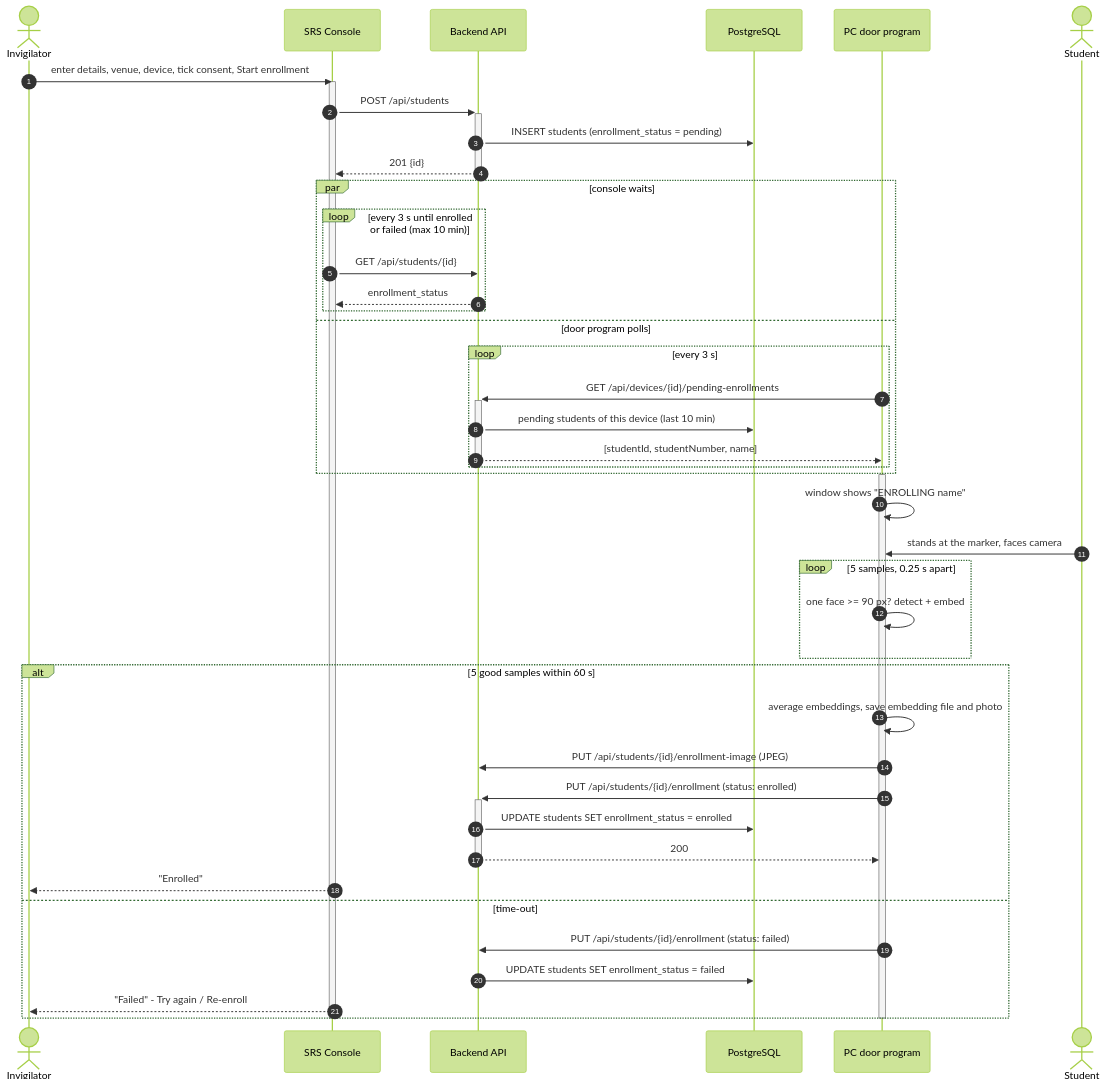
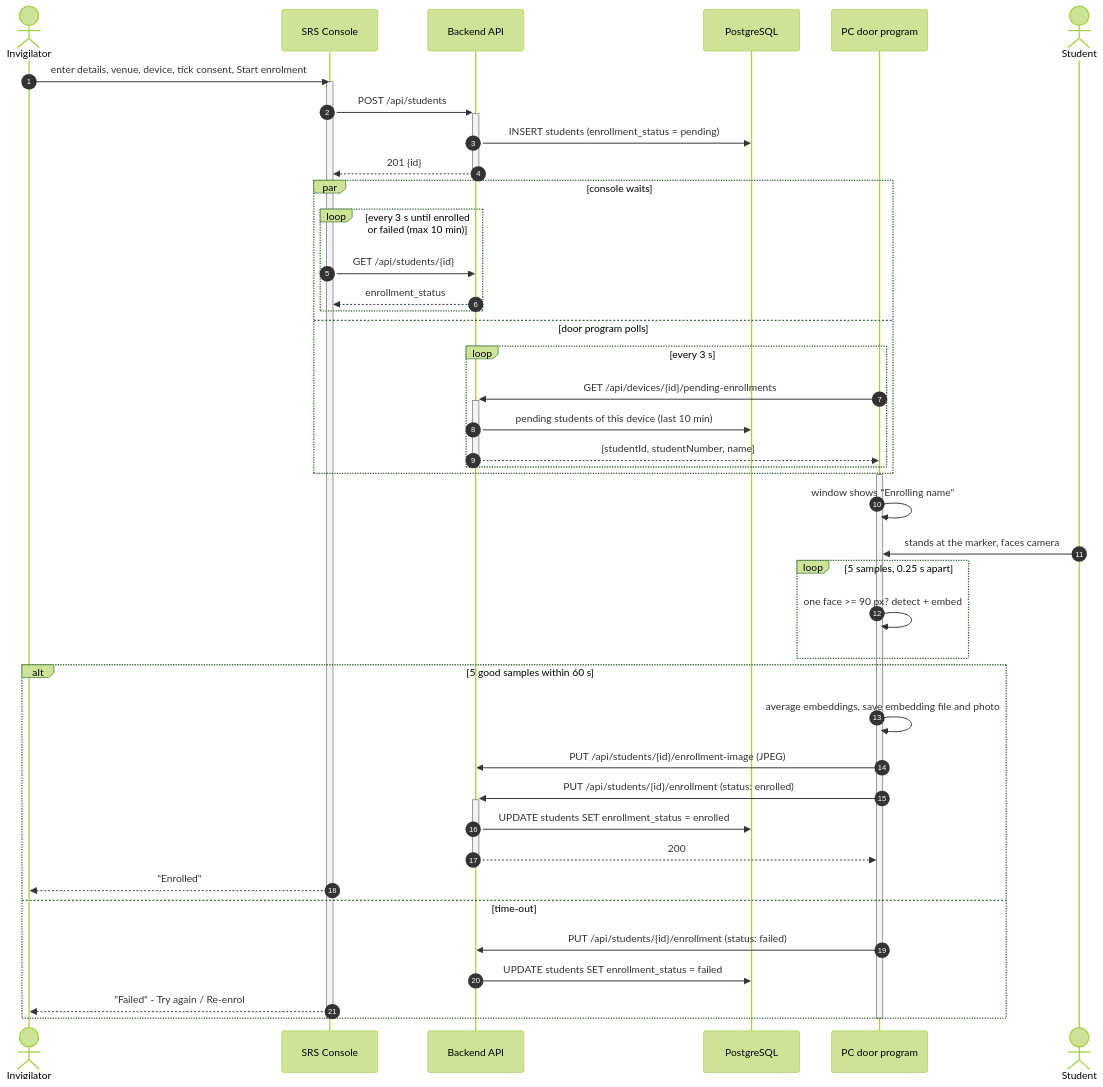
The diagram in docs_out/figures/mermaid/src/seq_enrol.mmd (TebogoClifford/Smart_Registration_System), drawn with Mermaid (forest theme) before and after one commit. The commit also changed 7 other files, not shown here.

```diff
--- a/docs_out/figures/mermaid/src/seq_enrol.mmd
+++ b/docs_out/figures/mermaid/src/seq_enrol.mmd
@@ -1,45 +1,45 @@
 sequenceDiagram
     autonumber
     actor I as Invigilator
     participant UI as SRS Console
     participant API as Backend API
     participant DB as PostgreSQL
     participant PC as PC door program
     actor S as Student
-    I->>UI: enter details, venue, device, tick consent, Start enrollment
+    I->>UI: enter details, venue, device, tick consent, Start enrolment
     activate UI
     UI->>+API: POST /api/students
     API->>DB: INSERT students (enrollment_status = pending)
     API-->>-UI: 201 {id}
     par console waits
         loop every 3 s until enrolled or failed (max 10 min)
             UI->>API: GET /api/students/{id}
             API-->>UI: enrollment_status
         end
     and door program polls
         loop every 3 s
             PC->>+API: GET /api/devices/{id}/pending-enrollments
             API->>DB: pending students of this device (last 10 min)
             API-->>-PC: [studentId, studentNumber, name]
         end
     end
     activate PC
-    PC->>PC: window shows "ENROLLING name"
+    PC->>PC: window shows "Enrolling name"
     S->>PC: stands at the marker, faces camera
     loop 5 samples, 0.25 s apart
         PC->>PC: one face >= 90 px? detect + embed
     end
     alt 5 good samples within 60 s
         PC->>PC: average embeddings, save embedding file and photo
         PC->>API: PUT /api/students/{id}/enrollment-image (JPEG)
         PC->>+API: PUT /api/students/{id}/enrollment (status: enrolled)
         API->>DB: UPDATE students SET enrollment_status = enrolled
         API-->>-PC: 200
         UI-->>I: "Enrolled"
     else time-out
         PC->>API: PUT /api/students/{id}/enrollment (status: failed)
         API->>DB: UPDATE students SET enrollment_status = failed
-        UI-->>I: "Failed" - Try again / Re-enroll
+        UI-->>I: "Failed" - Try again / Re-enrol
     end
     deactivate PC
     deactivate UI
```
